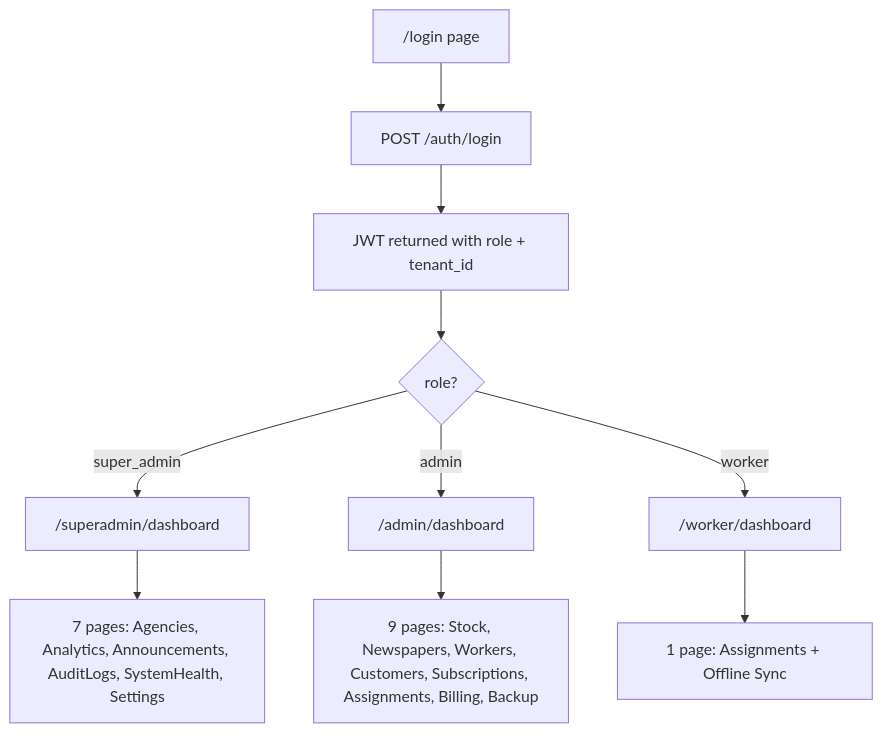
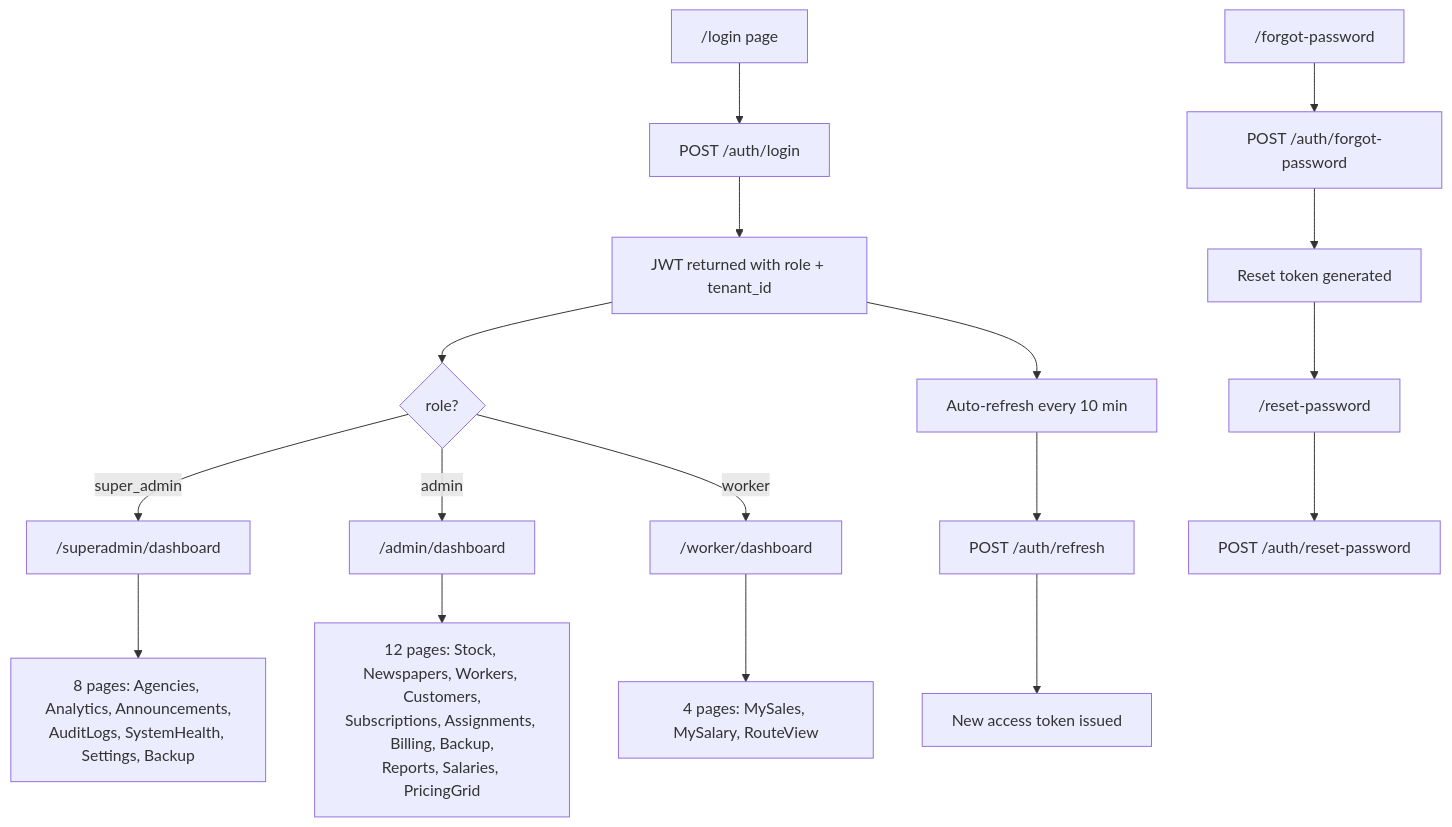
Before and after one commit to Unitary-X/NewsFlux: the sixth of 6 diagrams in docs/diagrams.md, drawn with Mermaid. The commit also changed other lines of this file and 11 other files, not shown here.

````diff
--- a/docs/diagrams.md
+++ b/docs/diagrams.md
@@ -284,14 +350,23 @@
 ```mermaid
 flowchart TD
     Login["/login page"] --> Submit["POST /auth/login"]
     Submit --> JWT["JWT returned with role + tenant_id"]
     
     JWT --> Check{role?}
     Check -->|super_admin| SA["/superadmin/dashboard"]
     Check -->|admin| AD["/admin/dashboard"]
     Check -->|worker| WK["/worker/dashboard"]
     
-    SA --> SA_Pages["7 pages: Agencies, Analytics, Announcements, AuditLogs, SystemHealth, Settings"]
-    AD --> AD_Pages["9 pages: Stock, Newspapers, Workers, Customers, Subscriptions, Assignments, Billing, Backup"]
-    WK --> WK_Pages["1 page: Assignments + Offline Sync"]
+    SA --> SA_Pages["8 pages: Agencies, Analytics, Announcements,<br/>AuditLogs, SystemHealth, Settings, Backup"]
+    AD --> AD_Pages["12 pages: Stock, Newspapers, Workers, Customers,<br/>Subscriptions, Assignments, Billing, Backup,<br/>Reports, Salaries, PricingGrid"]
+    WK --> WK_Pages["4 pages: MySales, MySalary, RouteView"]
+    
+    Forgot["/forgot-password"] --> ResetReq["POST /auth/forgot-password"]
+    ResetReq --> Token["Reset token generated"]
+    Token --> Reset["/reset-password"]
+    Reset --> ResetPw["POST /auth/reset-password"]
+    
+    JWT --> Refresh["Auto-refresh every 10 min"]
+    Refresh --> RefreshAPI["POST /auth/refresh"]
+    RefreshAPI --> NewJWT["New access token issued"]
 ```
````
